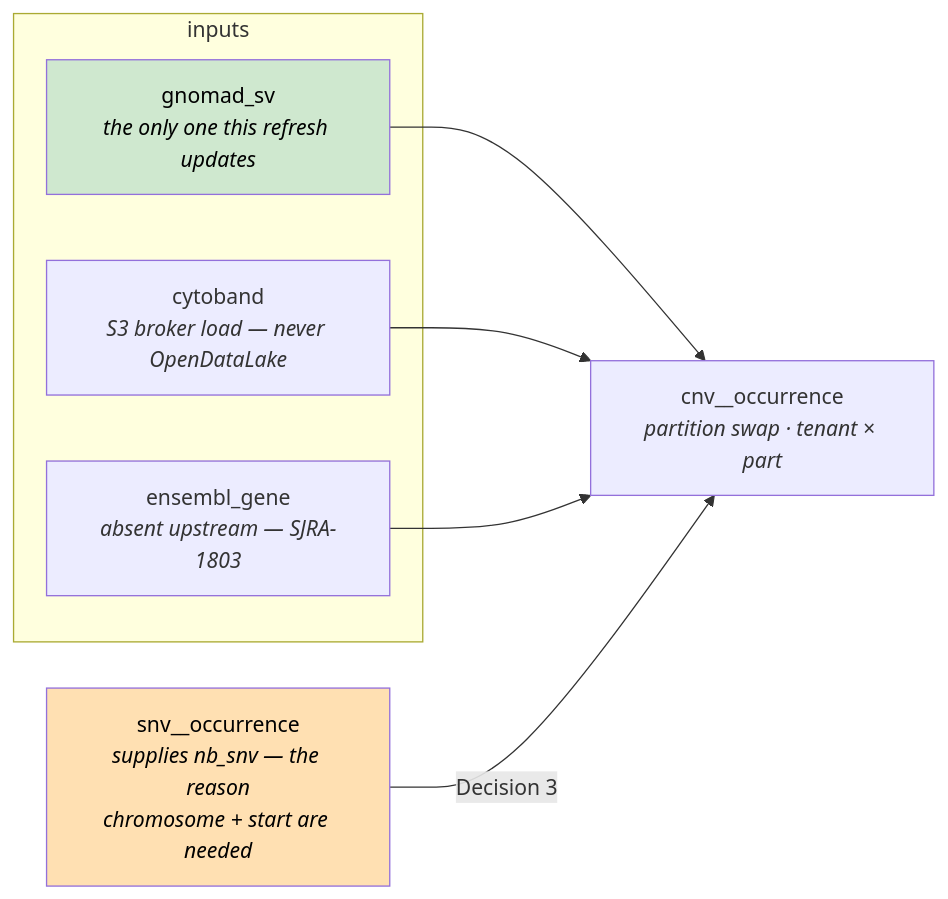
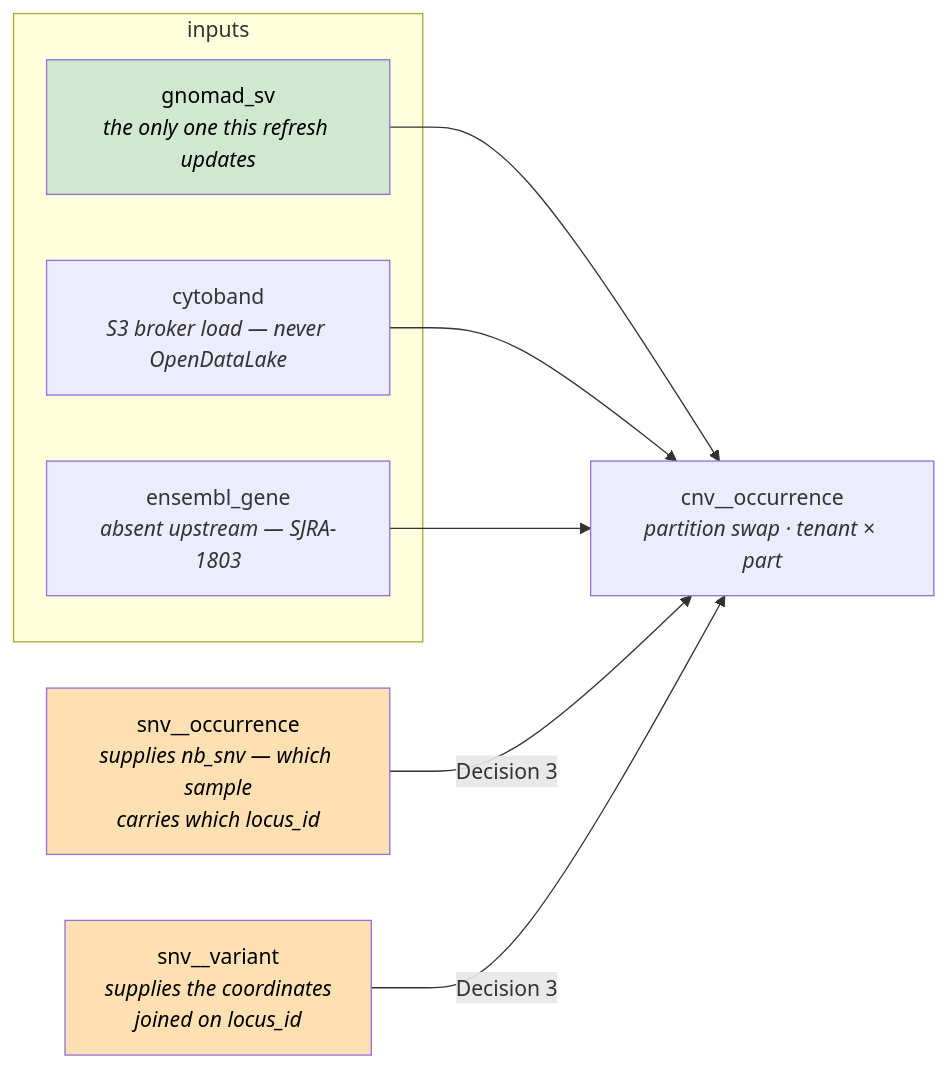
Before and after one commit to radiant-network/radiant-portal-pipeline: the third of 4 diagrams in design/SJRA-1811-opendatalake-integration.md, drawn with Mermaid. The commit also changed other lines of this file and 13 other files, not shown here.

````diff
--- a/design/SJRA-1811-opendatalake-integration.md
+++ b/design/SJRA-1811-opendatalake-integration.md
@@ -239,16 +262,19 @@
 ```mermaid
 flowchart LR
     subgraph SRC["inputs"]
         GSV["gnomad_sv<br/><i>the only one this refresh updates</i>"]
         CB["cytoband<br/><i>S3 broker load — never OpenDataLake</i>"]
         EG["ensembl_gene<br/><i>absent upstream — SJRA-1803</i>"]
     end
-    SNVO["snv__occurrence<br/><i>supplies nb_snv — the reason<br/>chromosome + start are needed</i>"]
+    SNVO["snv__occurrence<br/><i>supplies nb_snv — which sample<br/>carries which locus_id</i>"]
+    SV["snv__variant<br/><i>supplies the coordinates<br/>joined on locus_id</i>"]
     OCC["cnv__occurrence<br/><i>partition swap · tenant × part</i>"]
     GSV --> OCC
     CB --> OCC
     EG --> OCC
     SNVO -->|"Decision 3"| OCC
+    SV -->|"Decision 3"| OCC
     style GSV fill:#cfe8cf,color:#000
     style SNVO fill:#ffe0b2,color:#000
+    style SV fill:#ffe0b2,color:#000
 ```
````
